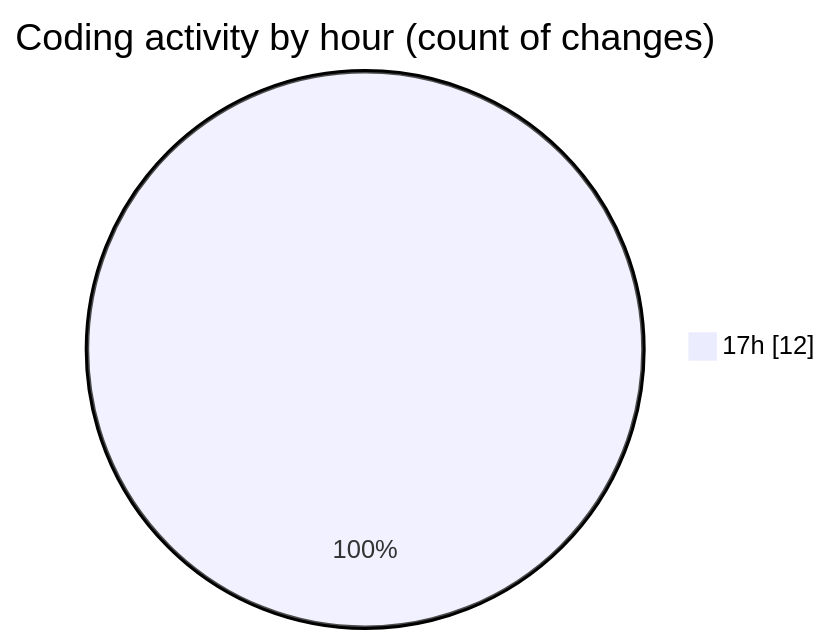
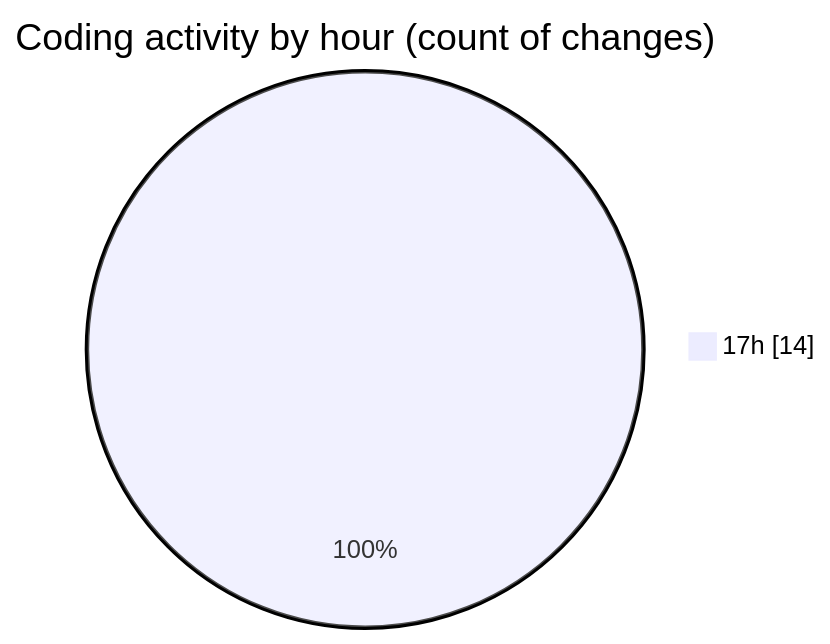
One commit to robertbonfada/code-tracking changed the second of 2 diagrams in 2025-02-13/image-composer/README.md. Above: the diagram before and after it, drawn with Mermaid. The commit also changed other lines of this file and 1 other file, not shown here.

````diff
--- a/2025-02-13/image-composer/README.md
+++ b/2025-02-13/image-composer/README.md
@@ -28,5 +28,5 @@
 ```mermaid
 pie showData
 title Coding activity by hour (count of changes)
-"17h" : 12
+"17h" : 14
 ```
````
